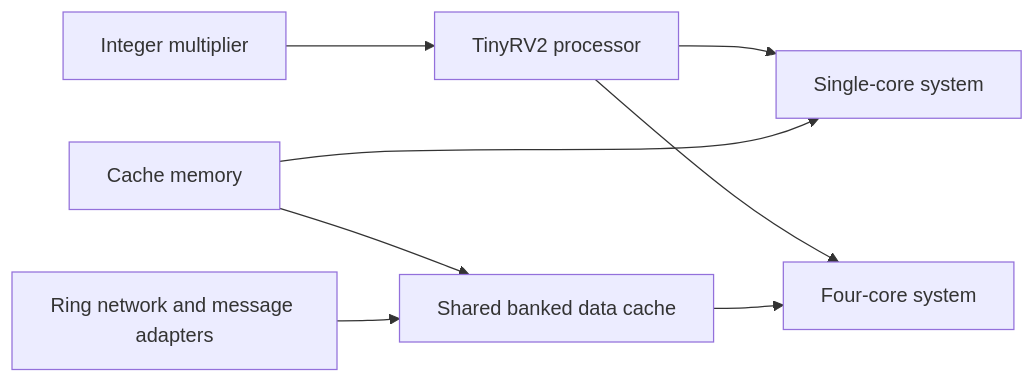
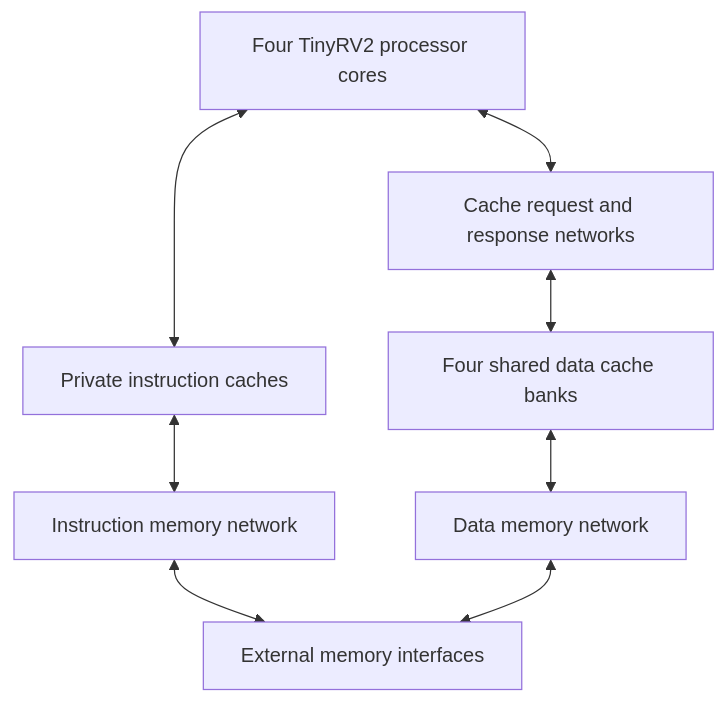
Before and after one commit to hn347/tinyriscv-projects: the diagram in README.md, drawn with Mermaid. The commit also changed other lines of this file, not shown here.

Commit message:
Present processor architecture and design decisions for portfolio readers

````diff
--- a/README.md
+++ b/README.md
@@ -20,10 +26,17 @@
 ```mermaid
-flowchart LR
-    I[Integer multiplier] --> P[TinyRV2 processor]
-    P --> S[Single-core system]
-    C[Cache memory] --> S
-    P --> M[Four-core system]
-    C --> B[Shared banked data cache]
-    N[Ring network and message adapters] --> B
-    B --> M
+flowchart TD
+    P[Four TinyRV2 processor cores]
+    I[Private instruction caches]
+    C[Cache request and response networks]
+    D[Four shared data cache banks]
+    IM[Instruction memory network]
+    DM[Data memory network]
+    M[External memory interfaces]
+    P <--> I
+    P <--> C
+    C <--> D
+    I <--> IM
+    D <--> DM
+    IM <--> M
+    DM <--> M
 ```
````
